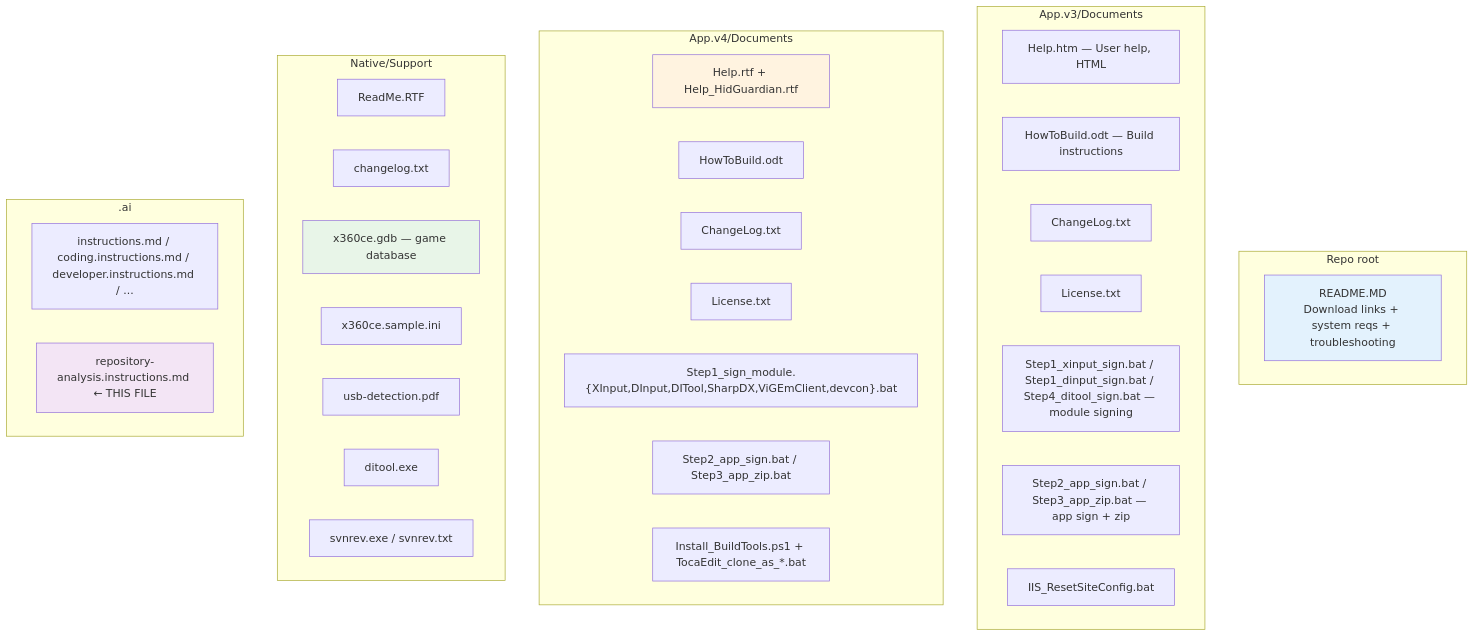
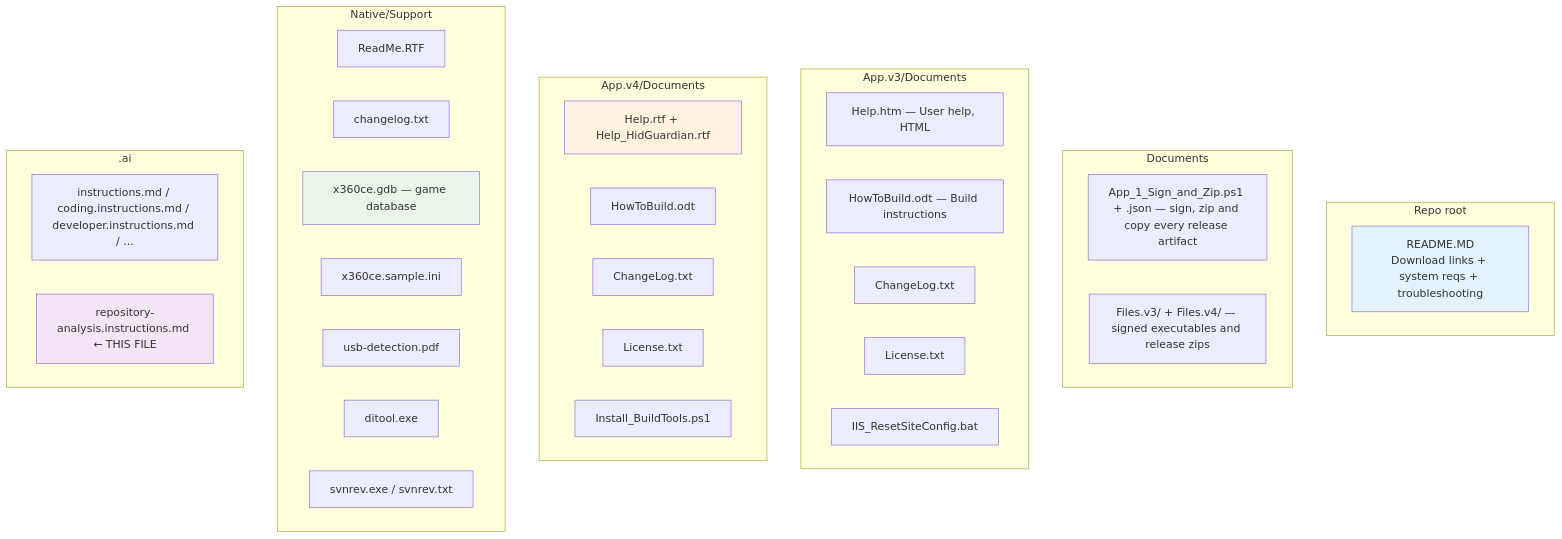
One commit to x360ce/x360ce changed the third of 3 diagrams in .claude/repository-analysis.instructions.md. Above: the diagram before and after it, drawn with Mermaid. The commit also changed other lines of this file and 29 other files, not shown here.

````diff
--- a/.claude/repository-analysis.instructions.md
+++ b/.claude/repository-analysis.instructions.md
@@ -374,46 +374,47 @@
 ```mermaid
 graph TD
     subgraph "Repo root"
         README[README.MD<br/>Download links + system reqs + troubleshooting]
+    end
+
+    subgraph "Documents"
+        RelScript["App_1_Sign_and_Zip.ps1 + .json — sign, zip and copy every release artifact"]
+        RelOut["Files.v3/ + Files.v4/ — signed executables and release zips"]
     end
 
     subgraph "App.v3/Documents"
         V3Help[Help.htm — User help, HTML]
         V3HowTo[HowToBuild.odt — Build instructions]
         V3Change[ChangeLog.txt]
         V3License[License.txt]
-        V3Sign["Step1_xinput_sign.bat / Step1_dinput_sign.bat / Step4_ditool_sign.bat — module signing"]
-        V3Pkg["Step2_app_sign.bat / Step3_app_zip.bat — app sign + zip"]
         V3IIS[IIS_ResetSiteConfig.bat]
     end
 
     subgraph "App.v4/Documents"
         V4Help[Help.rtf + Help_HidGuardian.rtf]
         V4HowTo[HowToBuild.odt]
         V4Change[ChangeLog.txt]
         V4License[License.txt]
-        V4Sign["Step1_sign_module.{XInput,DInput,DITool,SharpDX,ViGEmClient,devcon}.bat"]
-        V4Pkg["Step2_app_sign.bat / Step3_app_zip.bat"]
-        V4Tools["Install_BuildTools.ps1 + TocaEdit_clone_as_*.bat"]
+        V4Tools[Install_BuildTools.ps1]
     end
 
     subgraph "Native/Support"
         NSReadMe[ReadMe.RTF]
         NSChange[changelog.txt]
         NSGdb[x360ce.gdb — game database]
         NSIni[x360ce.sample.ini]
         NSPdf[usb-detection.pdf]
         NSDitool[ditool.exe]
         NSSvn[svnrev.exe / svnrev.txt]
     end
 
     subgraph ".ai"
         AiInstr[instructions.md / coding.instructions.md / developer.instructions.md / ...]
         AiThis[repository-analysis.instructions.md ← THIS FILE]
     end
 
     style README fill:#e3f2fd
     style V4Help fill:#fff3e0
     style NSGdb fill:#e8f5e8
     style AiThis fill:#f3e5f5
 ```
````
